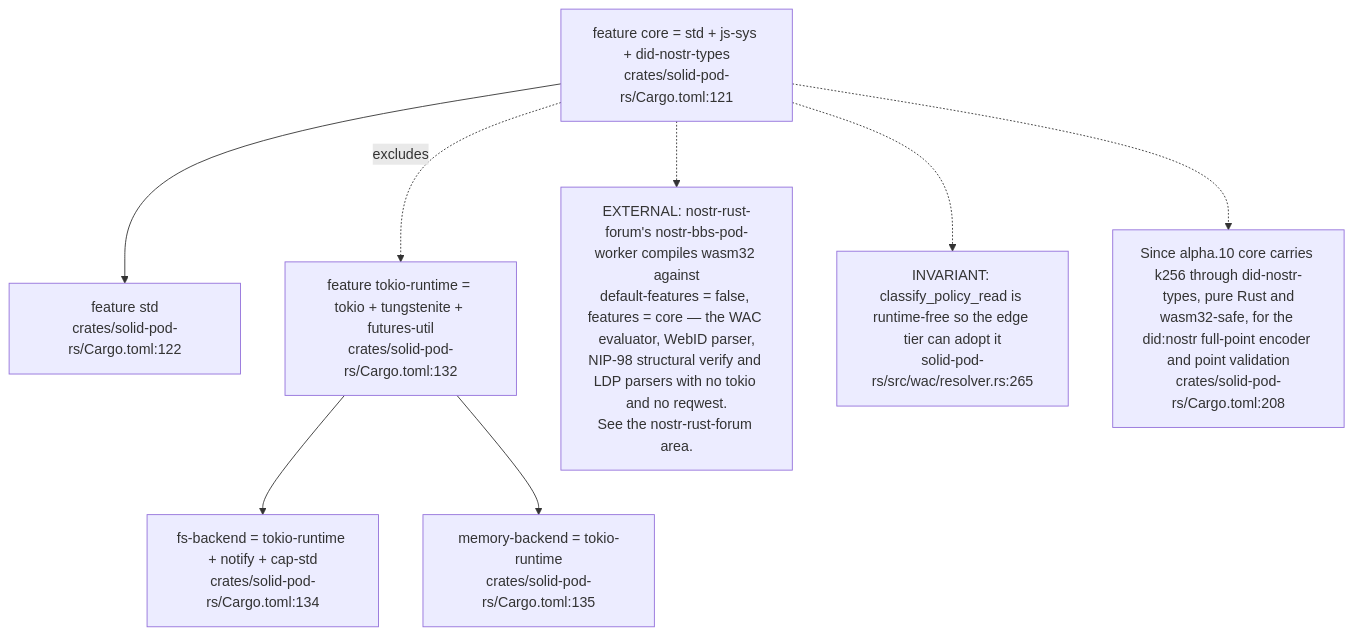
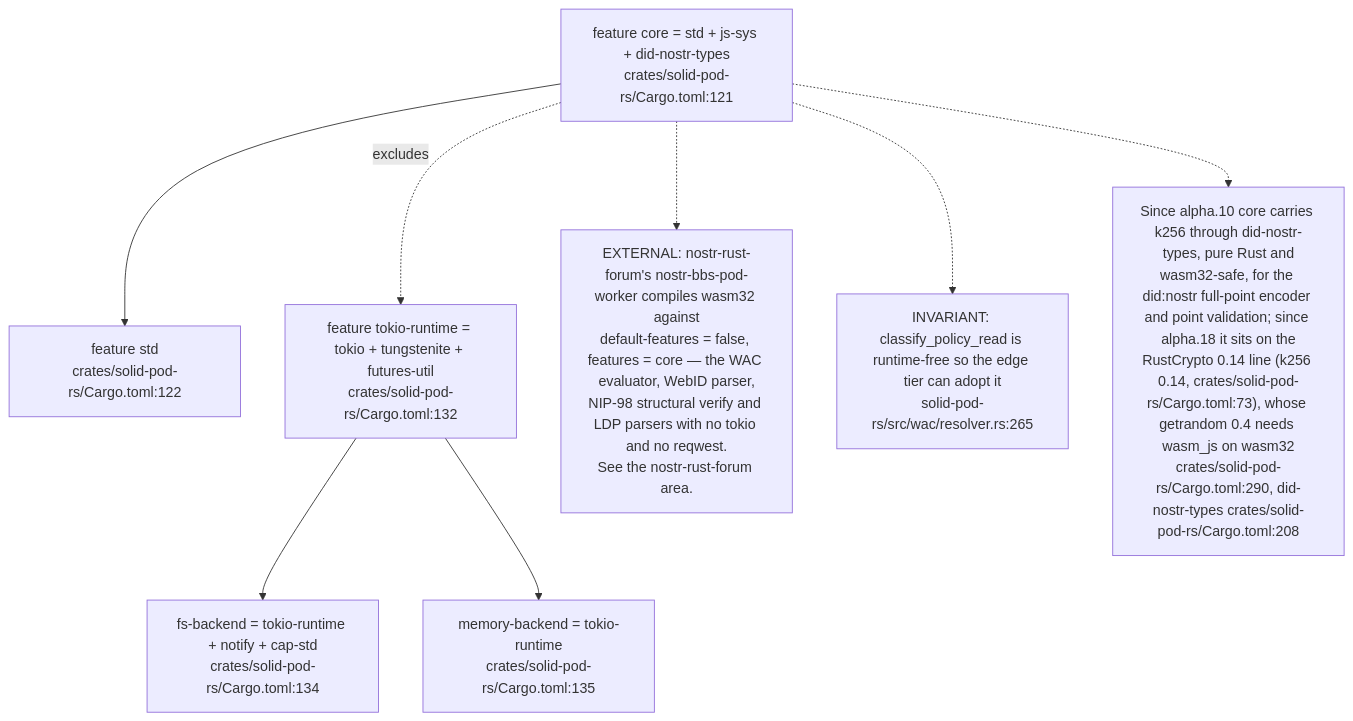
Before and after one commit to DreamLab-AI/VisionFlow: the third of 12 diagrams in docs/diagrams/solid-pod-rs/01-workspace-composition.md, drawn with Mermaid. The commit also changed other lines of this file and 142 other files, not shown here.

First line of the commit message:
docs(diagrams): one System One route; re-verify 140 topics at today's heads

````diff
--- a/docs/diagrams/solid-pod-rs/01-workspace-composition.md
+++ b/docs/diagrams/solid-pod-rs/01-workspace-composition.md
@@ -110,22 +110,22 @@
 ```mermaid
 flowchart TD
     CORE_F["feature core = std + js-sys + did-nostr-types<br/>crates/solid-pod-rs/Cargo.toml:121"]
     STD["feature std<br/>crates/solid-pod-rs/Cargo.toml:122"]
     TOKIO["feature tokio-runtime = tokio + tungstenite + futures-util<br/>crates/solid-pod-rs/Cargo.toml:132"]
     FSB["fs-backend = tokio-runtime + notify + cap-std<br/>crates/solid-pod-rs/Cargo.toml:134"]
     MEMB["memory-backend = tokio-runtime<br/>crates/solid-pod-rs/Cargo.toml:135"]
 
     CORE_F --> STD
     CORE_F -. "excludes" .-> TOKIO
     TOKIO --> FSB
     TOKIO --> MEMB
 
     E1["EXTERNAL: nostr-rust-forum's nostr-bbs-pod-worker compiles wasm32 against<br/>default-features = false, features = core — the WAC evaluator, WebID parser,<br/>NIP-98 structural verify and LDP parsers with no tokio and no reqwest.<br/>See the nostr-rust-forum area."]
     CORE_F -.-> E1
 
     E2["INVARIANT: classify_policy_read is runtime-free so the edge tier can adopt it<br/>solid-pod-rs/src/wac/resolver.rs:265"]
     CORE_F -.-> E2
 
-    E3["Since alpha.10 core carries k256 through did-nostr-types, pure Rust and<br/>wasm32-safe, for the did:nostr full-point encoder and point validation<br/>crates/solid-pod-rs/Cargo.toml:208"]
+    E3["Since alpha.10 core carries k256 through did-nostr-types, pure Rust and<br/>wasm32-safe, for the did:nostr full-point encoder and point validation; since alpha.18 it sits on the<br/>RustCrypto 0.14 line (k256 0.14, crates/solid-pod-rs/Cargo.toml:73), whose getrandom 0.4 needs wasm_js on wasm32<br/>crates/solid-pod-rs/Cargo.toml:290, did-nostr-types crates/solid-pod-rs/Cargo.toml:208"]
     CORE_F -.-> E3
 ```
````
